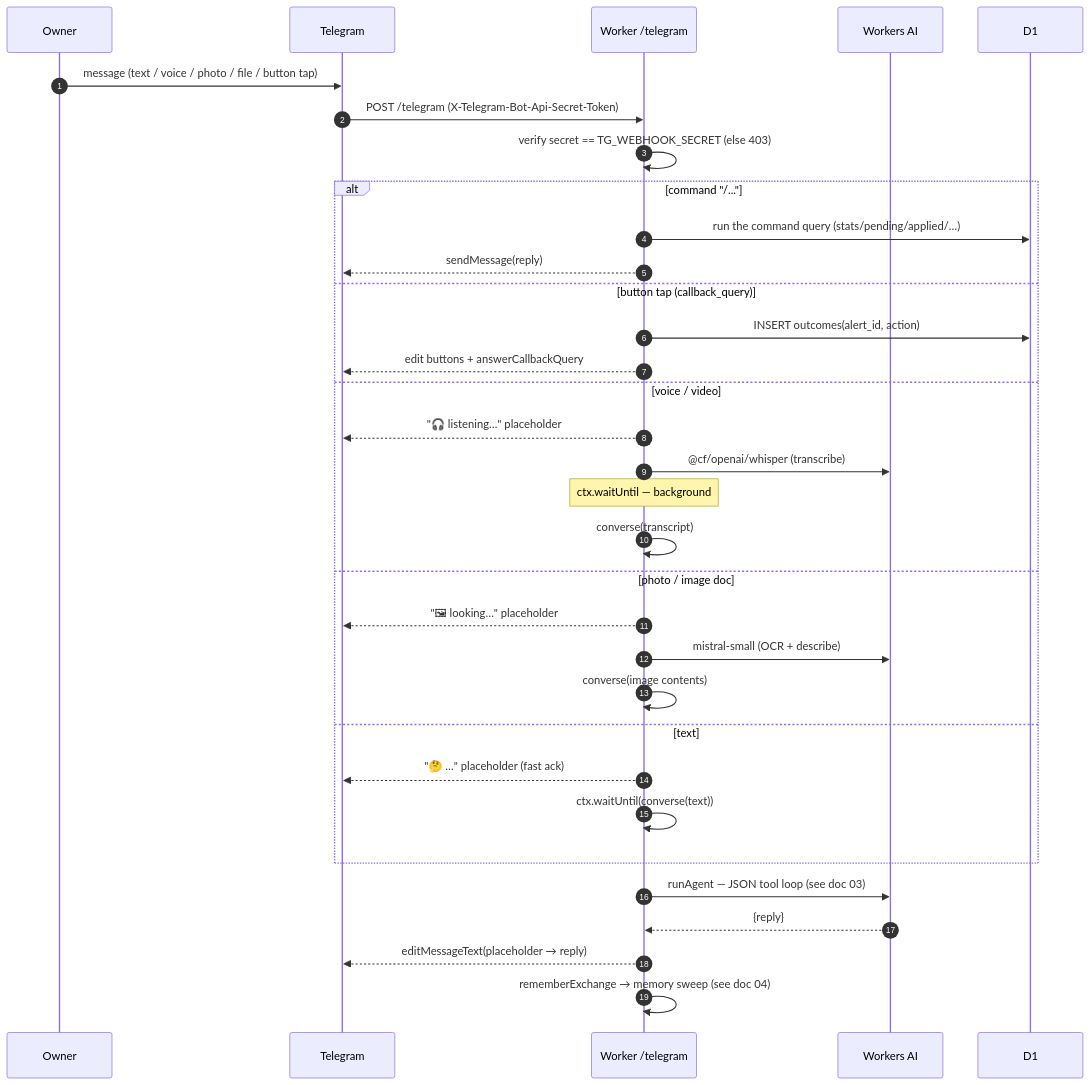
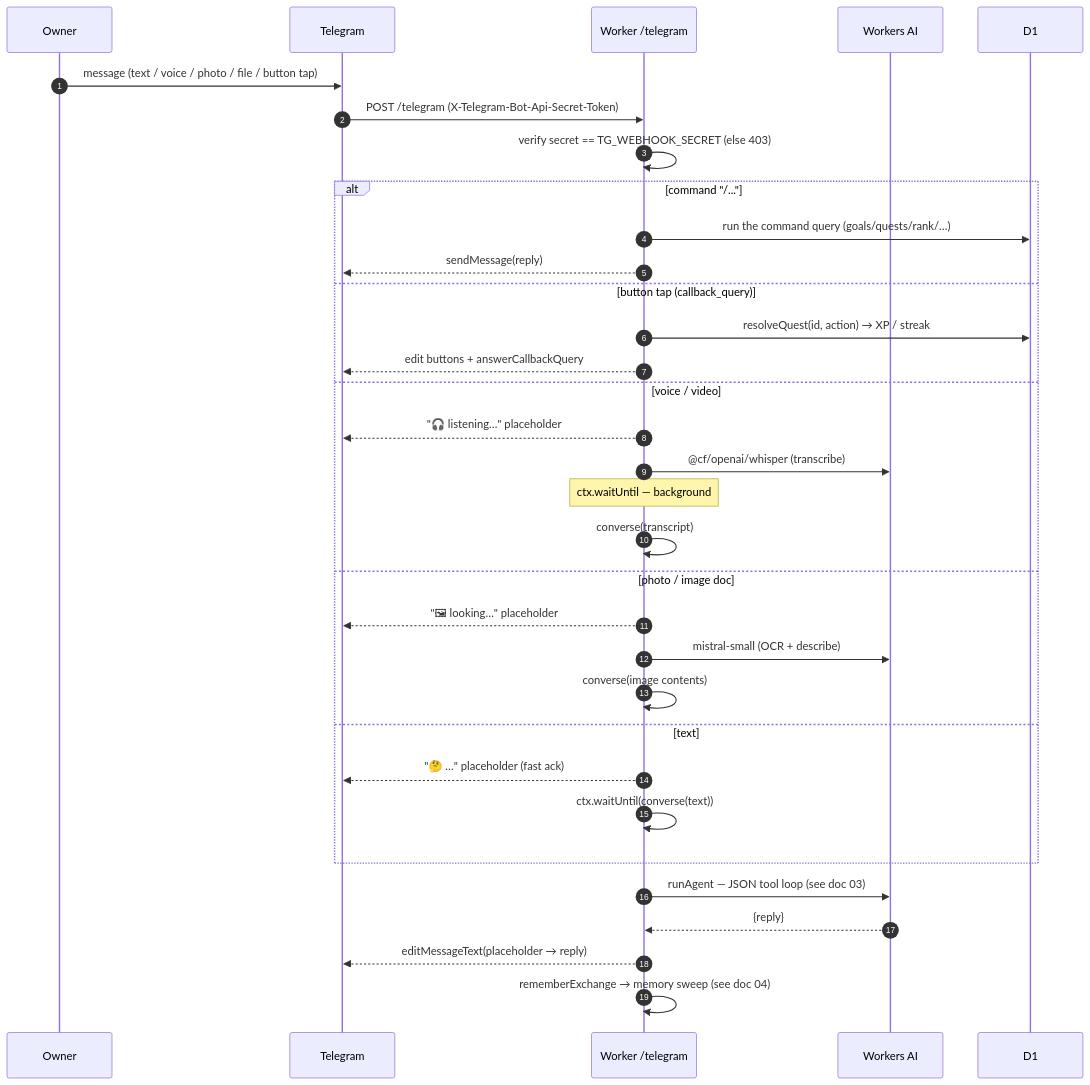
The fourth of 8 diagrams in docs/01-architecture.md (saquibjawedbit/grabber), drawn with Mermaid before and after one commit. The commit also changed other lines of this file and 25 other files, not shown here.

````diff
--- a/docs/01-architecture.md
+++ b/docs/01-architecture.md
@@ -125,36 +122,36 @@
 ```mermaid
 sequenceDiagram
   autonumber
   participant O as Owner
   participant TG as Telegram
   participant W as Worker /telegram
   participant AI as Workers AI
   participant DB as D1
 
   O->>TG: message (text / voice / photo / file / button tap)
   TG->>W: POST /telegram (X-Telegram-Bot-Api-Secret-Token)
   W->>W: verify secret == TG_WEBHOOK_SECRET (else 403)
   alt command "/..."
-    W->>DB: run the command query (stats/pending/applied/…)
+    W->>DB: run the command query (goals/quests/rank/…)
     W-->>TG: sendMessage(reply)
   else button tap (callback_query)
-    W->>DB: INSERT outcomes(alert_id, action)
+    W->>DB: resolveQuest(id, action) → XP / streak
     W-->>TG: edit buttons + answerCallbackQuery
   else voice / video
     W-->>TG: "🎧 listening…" placeholder
     W->>AI: @cf/openai/whisper (transcribe)
     Note over W: ctx.waitUntil — background
     W->>W: converse(transcript)
   else photo / image doc
     W-->>TG: "🖼 looking…" placeholder
     W->>AI: mistral-small (OCR + describe)
     W->>W: converse(image contents)
   else text
     W-->>TG: "🤔 …" placeholder (fast ack)
     W->>W: ctx.waitUntil(converse(text))
   end
   W->>AI: runAgent — JSON tool loop (see doc 03)
   AI-->>W: {reply}
   W-->>TG: editMessageText(placeholder → reply)
   W->>W: rememberExchange → memory sweep (see doc 04)
 ```
````
